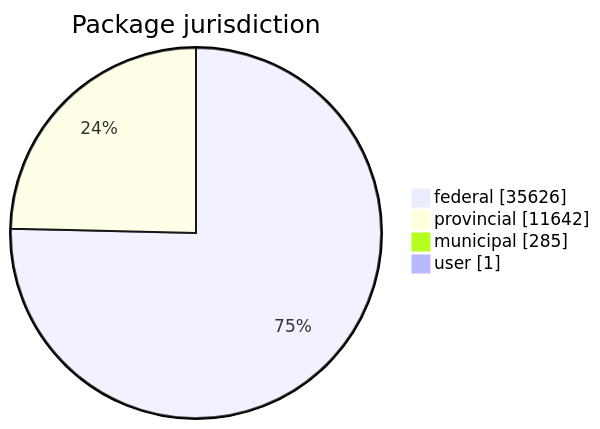
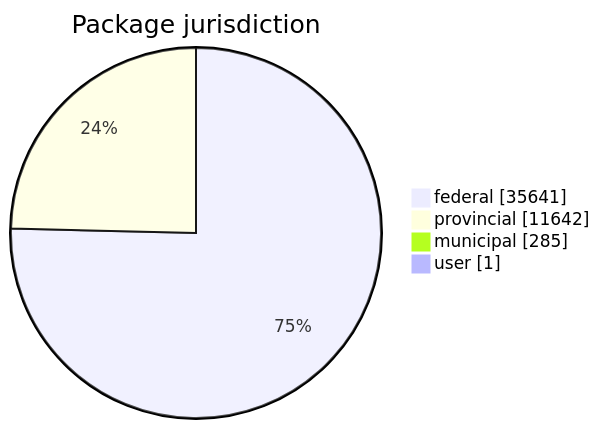
The first of 5 diagrams in FreshCheck/README.md (open-data/analytics-corporate-reporting), drawn with Mermaid before and after one commit. The commit also changed other lines of this file and 3 other files, not shown here.

````diff
--- a/FreshCheck/README.md
+++ b/FreshCheck/README.md
@@ -60,7 +60,7 @@
 ```mermaid
 pie showData title Package jurisdiction
-    "federal": 35626
+    "federal": 35641
     "provincial": 11642
     "municipal": 285
     "user": 1
 ```
````
